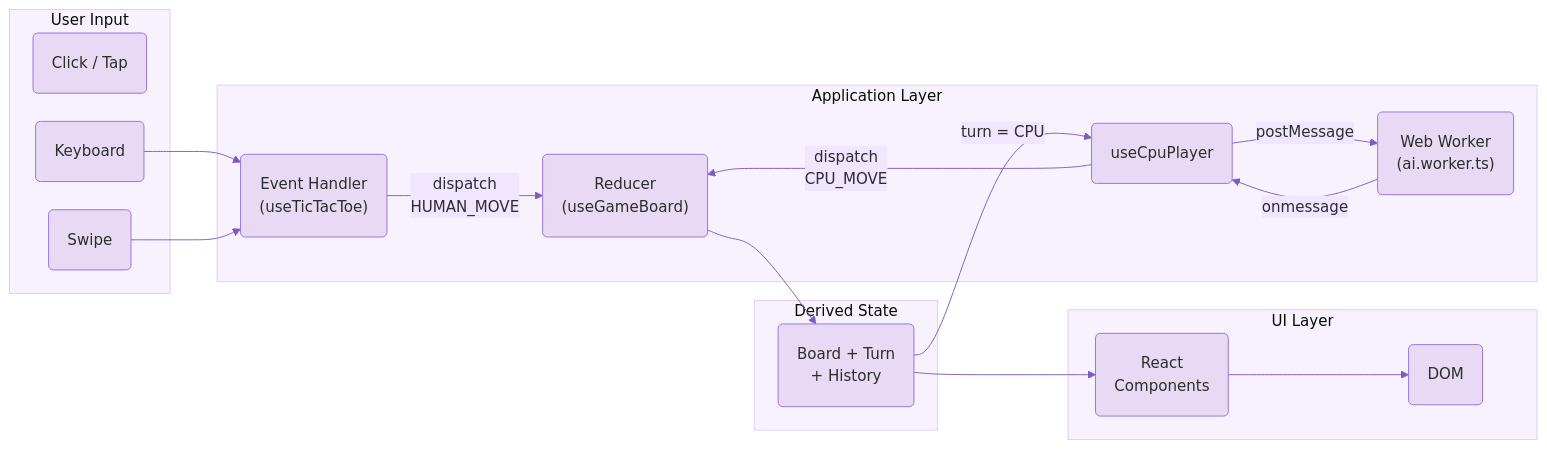
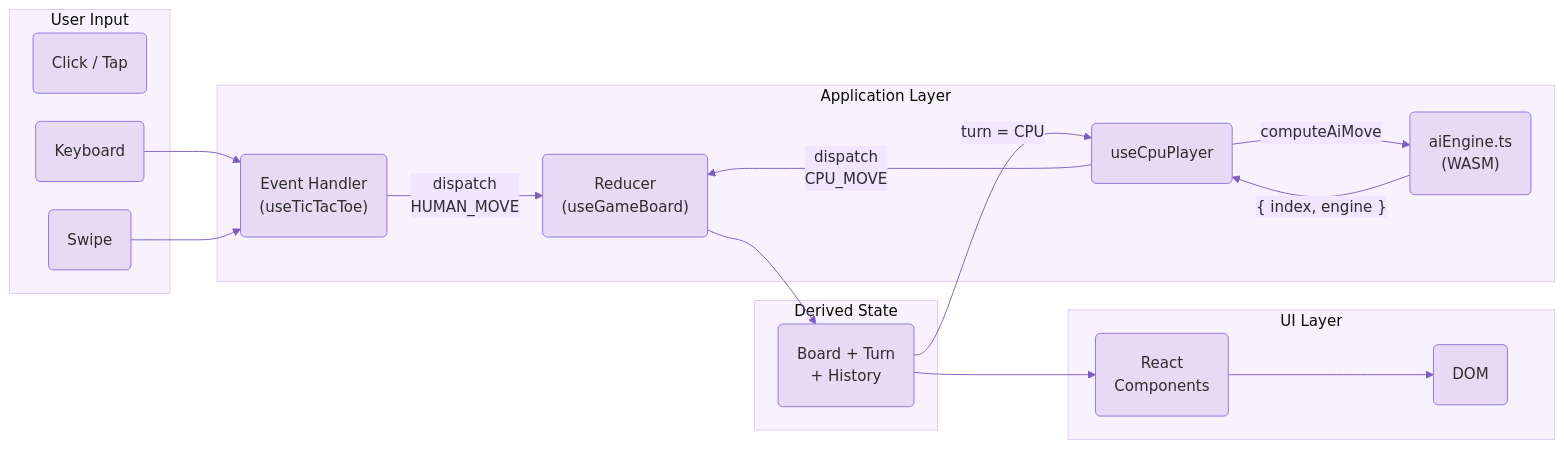
Before and after one commit to scottdreinhart/tictactoe: the third of 9 diagrams in README.md, drawn with Mermaid. The commit also changed other lines of this file and 17 other files, not shown here.

Commit message:
feat: WASM AI engine for all difficulties, eliminate Web Worker, always-force Vite rebuild

````diff
--- a/README.md
+++ b/README.md
@@ -446,36 +447,36 @@
 ```mermaid
 %%{init: {'theme': 'base', 'themeVariables': {'primaryColor': '#e8daf5', 'primaryTextColor': '#2d2d2d', 'primaryBorderColor': '#9370DB', 'lineColor': '#7c5cbf', 'secondaryColor': '#f0e6ff', 'tertiaryColor': '#f8f2ff', 'fontFamily': 'system-ui'}, 'flowchart': {'nodeSpacing': 30, 'rankSpacing': 50, 'padding': 20, 'htmlLabels': true}}}%%
 flowchart LR
   subgraph Input["User Input"]
     click("Click / Tap")
     key("Keyboard")
     swipe("Swipe")
   end
 
   subgraph Hooks["Application Layer"]
     handler("Event Handler<br/>(useTicTacToe)")
     reducer("Reducer<br/>(useGameBoard)")
     cpu("useCpuPlayer")
-    worker("Web Worker<br/>(ai.worker.ts)")
+    engine("aiEngine.ts<br/>(WASM)")
   end
 
   subgraph State["Derived State"]
     raw("Board + Turn<br/>+ History")
   end
 
   subgraph Render["UI Layer"]
     comp("React<br/>Components")
     dom("DOM")
   end
 
   click --> handler
   key --> handler
   swipe --> handler
   handler -->|"dispatch<br/>HUMAN_MOVE"| reducer
   reducer --> raw
   raw -->|"turn = CPU"| cpu
-  cpu -->|postMessage| worker
-  worker -->|onmessage| cpu
+  cpu -->|computeAiMove| engine
+  engine -->|"{ index, engine }"| cpu
   cpu -->|"dispatch<br/>CPU_MOVE"| reducer
   raw --> comp --> dom
 ```
````
